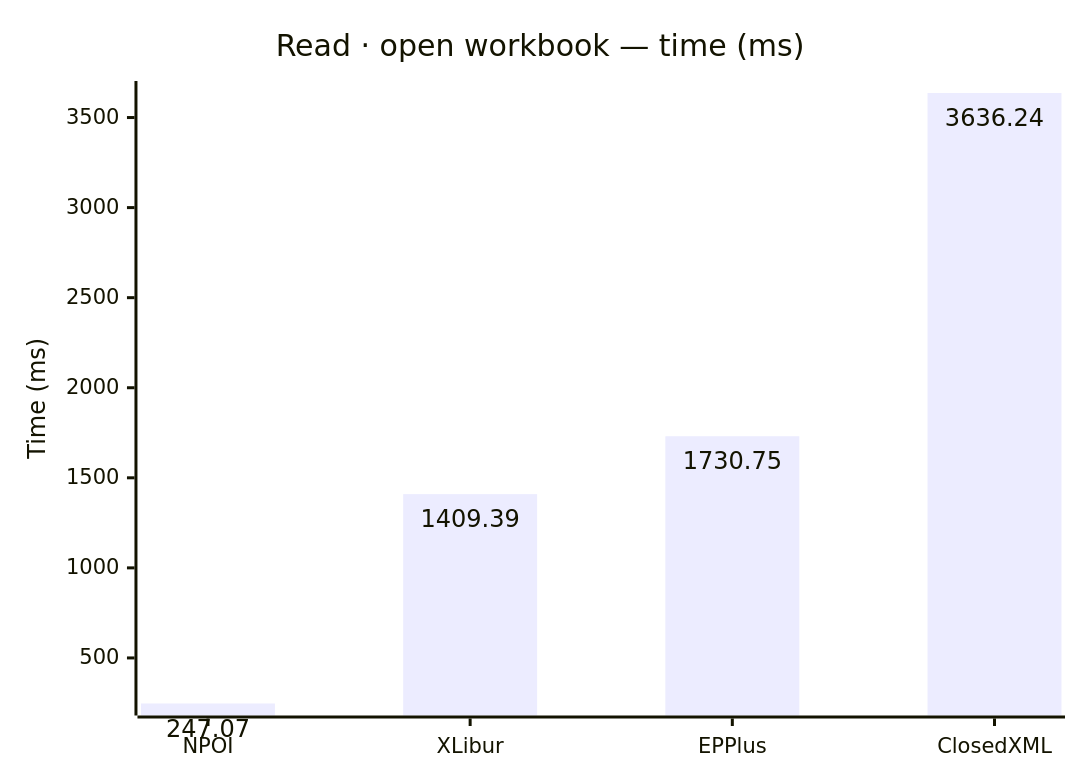
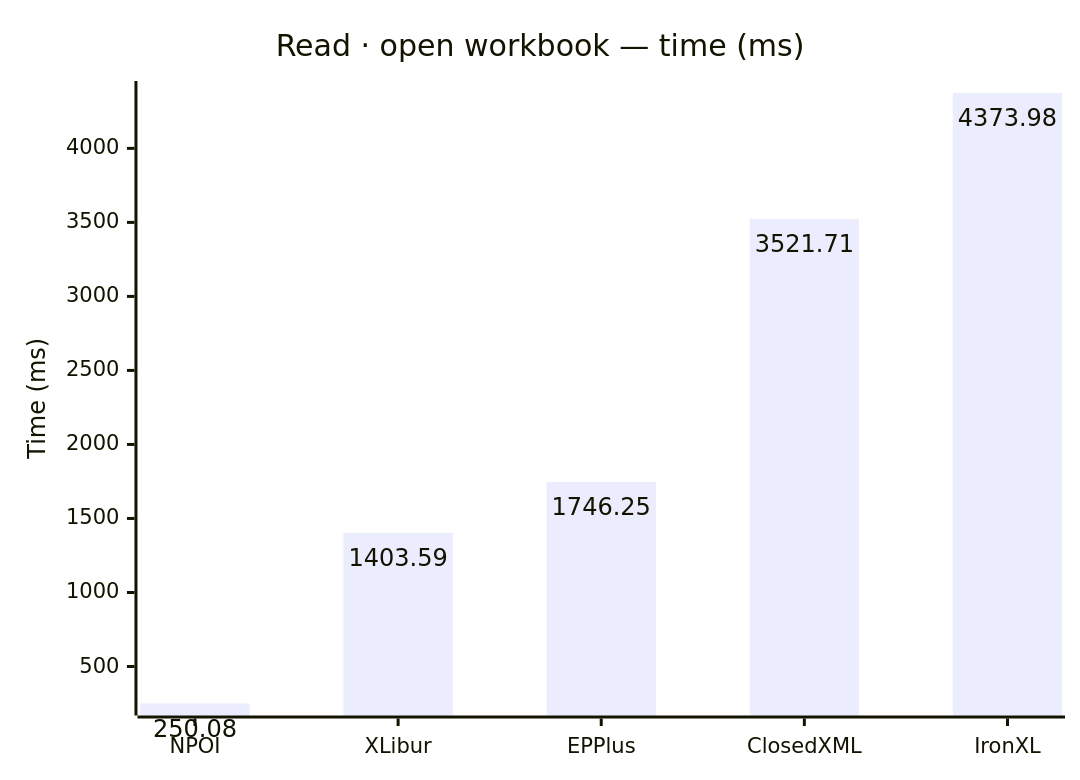
One commit to jafin/XLBench changed the first of 8 diagrams in docs/results.md. Above: the diagram before and after it, drawn with Mermaid. The commit also changed other lines of this file and 17 other files, not shown here.

````diff
--- a/docs/results.md
+++ b/docs/results.md
@@ -34,12 +35,12 @@
 ```mermaid
 ---
 config:
   xyChart:
     showDataLabel: true
 ---
 xychart-beta
     title "Read · open workbook — time (ms)"
-    x-axis ["NPOI", "XLibur", "EPPlus", "ClosedXML"]
+    x-axis ["NPOI", "XLibur", "EPPlus", "ClosedXML", "IronXL"]
     y-axis "Time (ms)"
-    bar [247.07, 1409.39, 1730.75, 3636.24]
+    bar [250.08, 1403.59, 1746.25, 3521.71, 4373.98]
 ```
````
